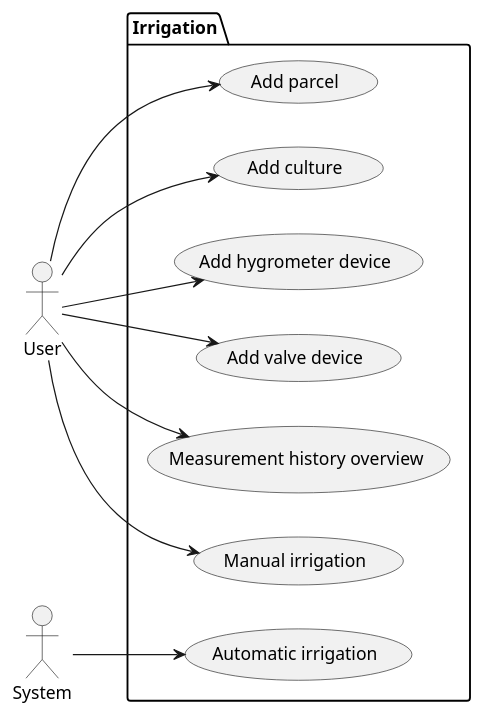
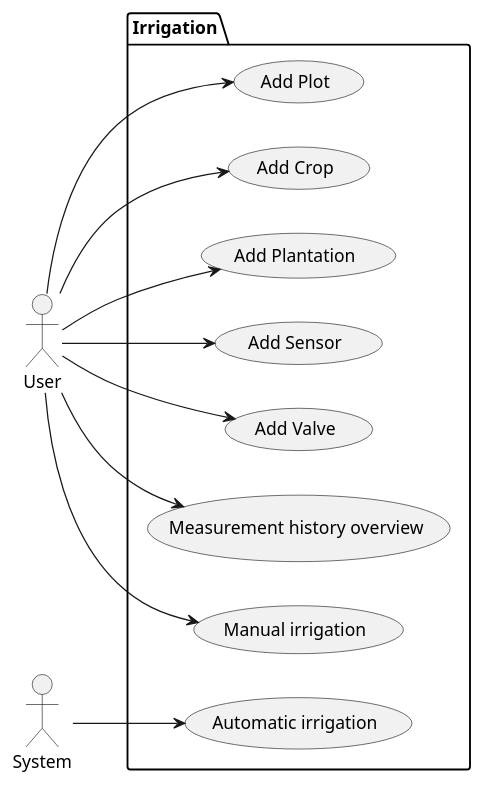
Before and after one commit to franebebic/Irrigation: the diagram in docs/diagrams/use-cases-overview.puml, drawn with PlantUML. The commit also changed 2 other files, not shown here.

Commit message:
Added ER Model

```diff
--- a/docs/diagrams/use-cases-overview.puml
+++ b/docs/diagrams/use-cases-overview.puml
@@ -1,18 +1,19 @@
 @startuml
 
 left to right direction
 
 actor User
 actor System
 
 package "Irrigation" {
-  User --> (Add parcel)
-  User --> (Add culture)
-  User --> (Add hygrometer device)
-  User --> (Add valve device)
+  User --> (Add Plot)
+  User --> (Add Crop)
+  User --> (Add Plantation)
+  User --> (Add Sensor)
+  User --> (Add Valve)
   User --> (Measurement history overview)
   User --> (Manual irrigation)
   System --> (Automatic irrigation)
 }
 
 @enduml
```
